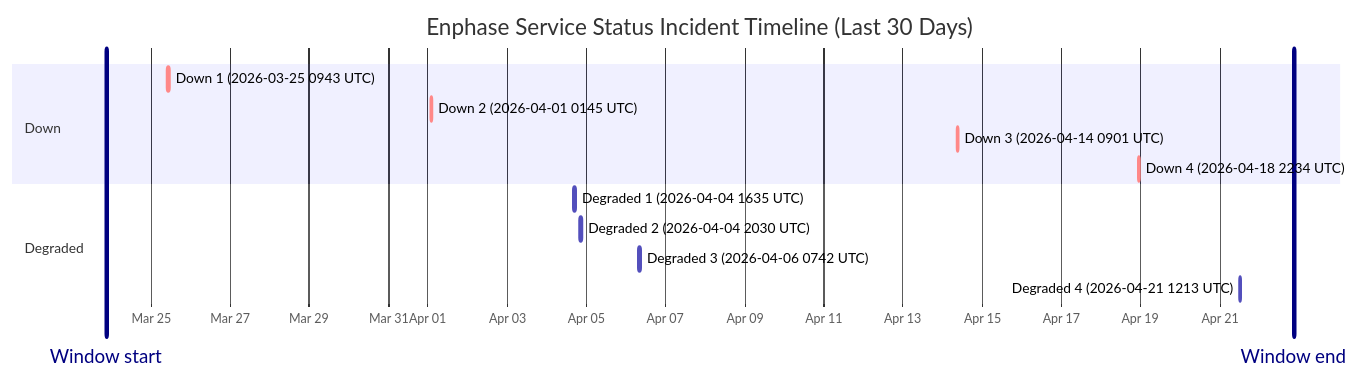
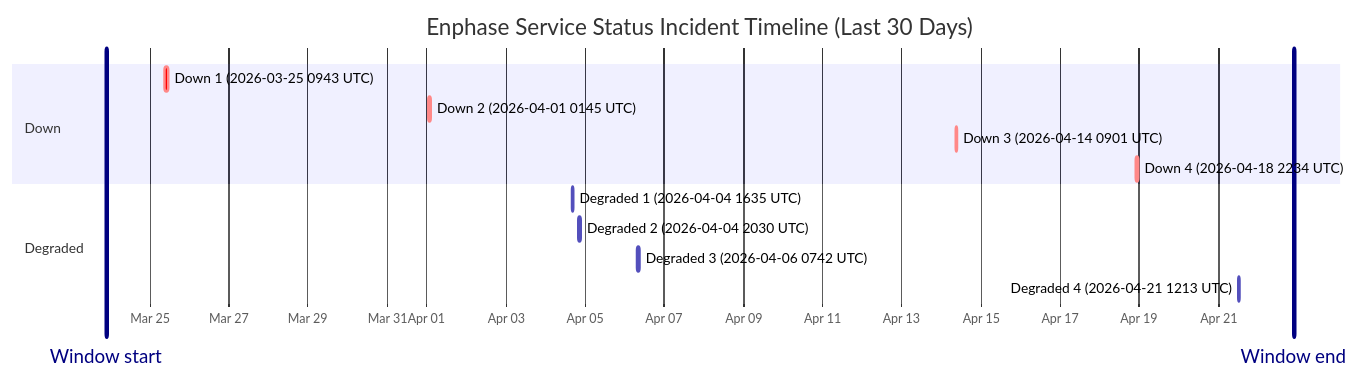
Before and after one commit to barneyonline/ha-enphase-ev-charger: the diagram in wiki/Service-Status-History.md, drawn with Mermaid. The commit also changed other lines of this file and 3 other files, not shown here.

````diff
--- a/wiki/Service-Status-History.md
+++ b/wiki/Service-Status-History.md
@@ -14,18 +14,18 @@
 ```mermaid
 gantt
     title Enphase Service Status Incident Timeline (Last 30 Days)
     dateFormat  YYYY-MM-DDTHH:mm:ss
     axisFormat  %b %d
-    Window start :vert, window-start, 2026-03-23T20:54:18, 0ms
-    Window end :vert, window-end, 2026-04-22T20:54:18, 0ms
+    Window start :vert, window-start, 2026-03-23T21:50:13, 0ms
+    Window end :vert, window-end, 2026-04-22T21:50:13, 0ms
     section Down
     Down 1 (2026-03-25 0943 UTC) :crit, down-1, 2026-03-25T09:43:28, 111m
     Down 2 (2026-04-01 0145 UTC) :crit, down-2, 2026-04-01T01:45:09, 60m
     Down 3 (2026-04-14 0901 UTC) :crit, down-3, 2026-04-14T09:01:13, 60m
     Down 4 (2026-04-18 2234 UTC) :crit, down-4, 2026-04-18T22:34:13, 60m
     section Degraded
     Degraded 1 (2026-04-04 1635 UTC) :active, degraded-1, 2026-04-04T16:35:17, 60m
     Degraded 2 (2026-04-04 2030 UTC) :active, degraded-2, 2026-04-04T20:30:40, 60m
     Degraded 3 (2026-04-06 0742 UTC) :active, degraded-3, 2026-04-06T07:42:09, 85m
     Degraded 4 (2026-04-21 1213 UTC) :active, degraded-4, 2026-04-21T12:13:11, 60m
 ```
````
